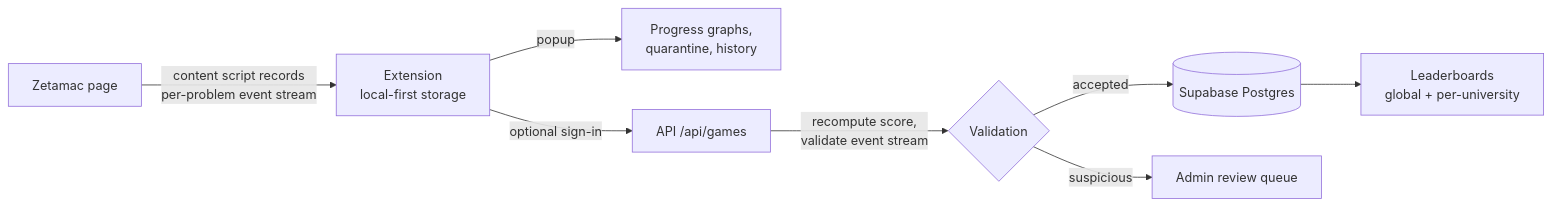
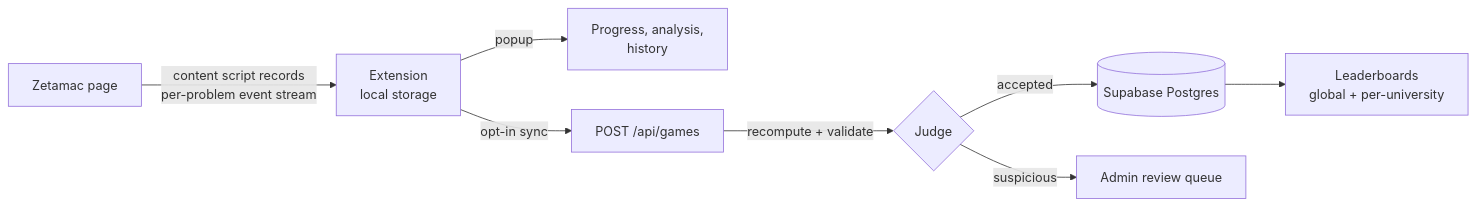
The diagram in README.md (TahaKhanM/zetalog), drawn with Mermaid before and after one commit. The commit also changed other lines of this file and 204 other files, not shown here.

````diff
--- a/README.md
+++ b/README.md
@@ -26,10 +36,10 @@
 ```mermaid
 flowchart LR
-    Z[Zetamac page] -->|content script records\nper-problem event stream| E[Extension\nlocal-first storage]
-    E -->|popup| G[Progress graphs,\nquarantine, history]
-    E -->|optional sign-in| A[API /api/games]
-    A -->|recompute score,\nvalidate event stream| V{Validation}
+    Z[Zetamac page] -->|content script records\nper-problem event stream| E[Extension\nlocal storage]
+    E -->|popup| G[Progress, analysis,\nhistory]
+    E -->|opt-in sync| A[POST /api/games]
+    A -->|recompute + validate| V{Judge}
     V -->|accepted| D[(Supabase Postgres)]
     V -->|suspicious| Q[Admin review queue]
     D --> L[Leaderboards\nglobal + per-university]
 ```
````
